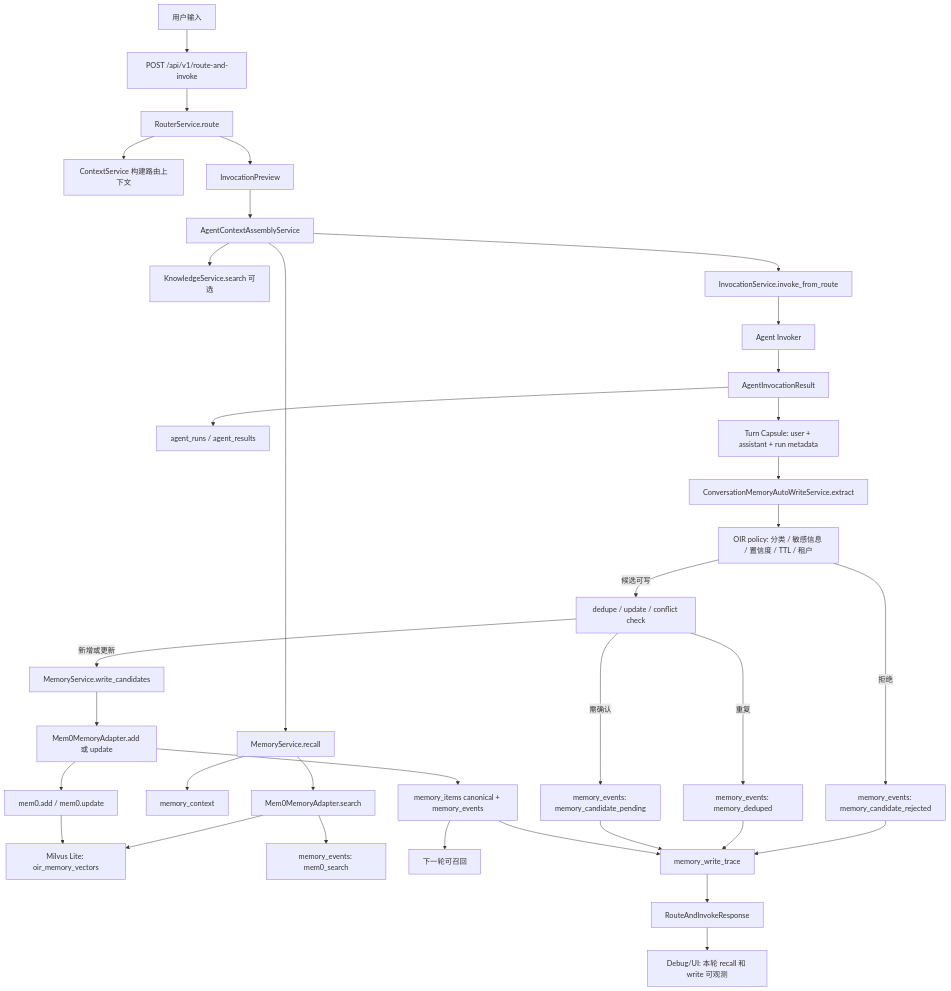
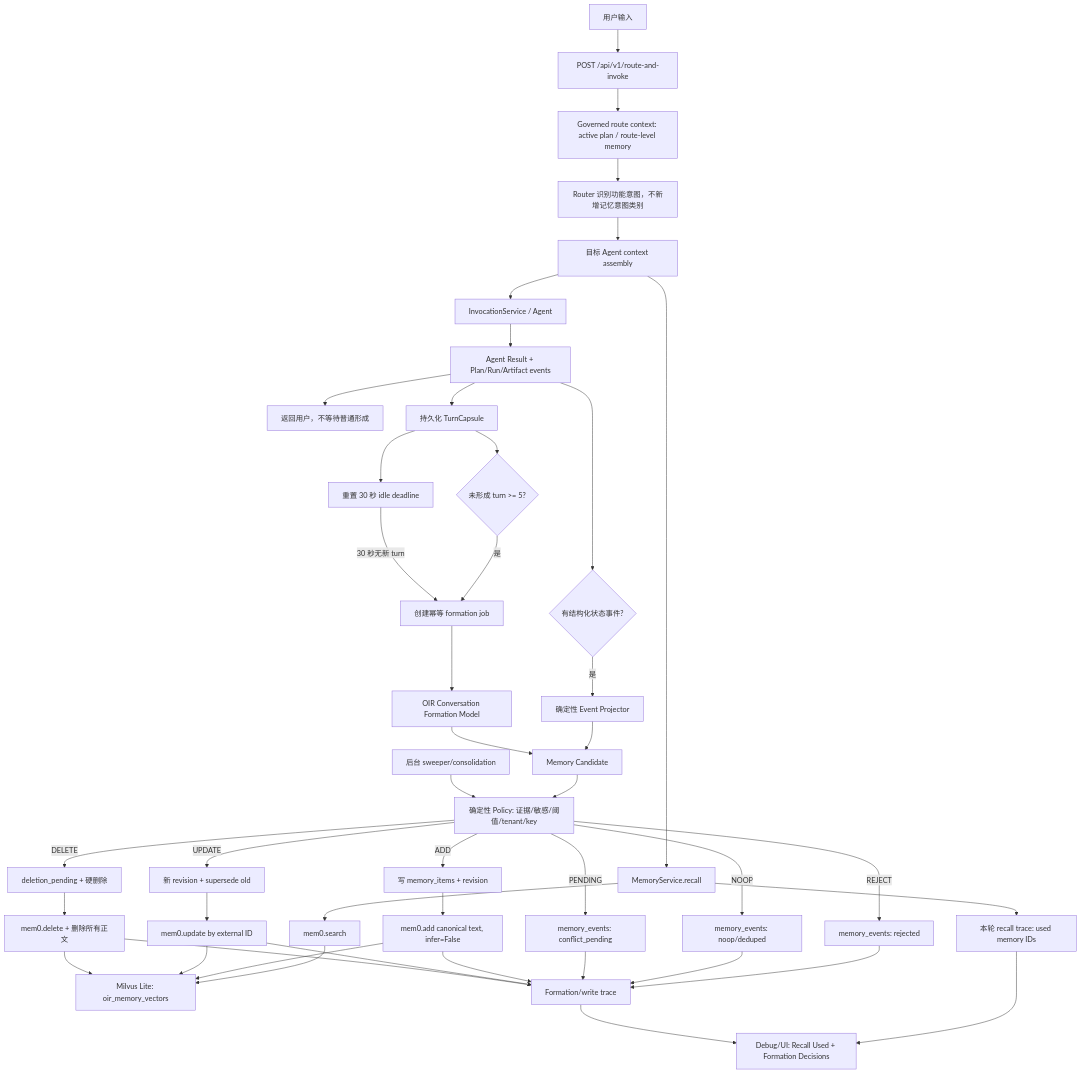
One commit to agent-oac-team/open-intent-router changed the diagram in docs/oir-conversation-memory-auto-write-strategy.md. Above: the diagram before and after it, drawn with Mermaid. The commit also changed other lines of this file and 11 other files, not shown here.

Commit message:
spec(memory): add conversation auto-formation change

````diff
--- a/docs/oir-conversation-memory-auto-write-strategy.md
+++ b/docs/oir-conversation-memory-auto-write-strategy.md
@@ -413,38 +528,52 @@
 ```mermaid
 flowchart TD
     U["用户输入"] --> API["POST /api/v1/route-and-invoke"]
-    API --> R["RouterService.route"]
-    R --> C["ContextService 构建路由上下文"]
-    R --> P["InvocationPreview"]
-    P --> A["AgentContextAssemblyService"]
-    A --> MR["MemoryService.recall"]
-    MR --> MS["Mem0MemoryAdapter.search"]
-    MS --> MV["Milvus Lite: oir_memory_vectors"]
-    MS --> ME1["memory_events: mem0_search"]
-    MR --> MC["memory_context"]
-    A --> KI["KnowledgeService.search 可选"]
-    A --> INV["InvocationService.invoke_from_route"]
-    INV --> AG["Agent Invoker"]
-    AG --> RES["AgentInvocationResult"]
-    RES --> RUN["agent_runs / agent_results"]
+    API --> RCTX["Governed route context: active plan / route-level memory"]
+    RCTX --> ROUTER["Router 识别功能意图，不新增记忆意图类别"]
+    ROUTER --> ACTX["目标 Agent context assembly"]
+    ACTX --> RECALL["MemoryService.recall"]
+    RECALL --> MSEARCH["mem0.search"]
+    MSEARCH --> MILVUS["Milvus Lite: oir_memory_vectors"]
+    RECALL --> USED["本轮 recall trace: used memory IDs"]
+    ACTX --> INVOKE["InvocationService / Agent"]
+    INVOKE --> RESULT["Agent Result + Plan/Run/Artifact events"]
+    RESULT --> RESPONSE["返回用户，不等待普通形成"]
 
-    RES --> CAPS["Turn Capsule: user + assistant + run metadata"]
-    CAPS --> EX["ConversationMemoryAutoWriteService.extract"]
-    EX --> POL["OIR policy: 分类 / 敏感信息 / 置信度 / TTL / 租户"]
-    POL -->|拒绝| REJ["memory_events: memory_candidate_rejected"]
-    POL -->|候选可写| DD["dedupe / update / conflict check"]
-    DD -->|重复| DDE["memory_events: memory_deduped"]
-    DD -->|需确认| PND["memory_events: memory_candidate_pending"]
-    DD -->|新增或更新| WC["MemoryService.write_candidates"]
-    WC --> ADD["Mem0MemoryAdapter.add 或 update"]
-    ADD --> M0["mem0.add / mem0.update"]
-    M0 --> MV
-    ADD --> PG["memory_items canonical + memory_events"]
-    PG --> NEXT["下一轮可召回"]
-    REJ --> TRACE["memory_write_trace"]
-    DDE --> TRACE
-    PND --> TRACE
-    PG --> TRACE
-    TRACE --> RESP["RouteAndInvokeResponse"]
-    RESP --> UI["Debug/UI: 本轮 recall 和 write 可观测"]
+    RESULT --> CAPSULE["持久化 TurnCapsule"]
+    CAPSULE --> COUNT{"未形成 turn >= 5?"}
+    CAPSULE --> IDLE["重置 30 秒 idle deadline"]
+    COUNT -->|是| JOB["创建幂等 formation job"]
+    IDLE -->|30 秒无新 turn| JOB
+
+    RESULT --> STRUCT{"有结构化状态事件?"}
+    STRUCT -->|是| PROJECT["确定性 Event Projector"]
+    PROJECT --> CANDIDATE["Memory Candidate"]
+
+    JOB --> MODEL["OIR Conversation Formation Model"]
+    MODEL --> CANDIDATE
+    CANDIDATE --> POLICY["确定性 Policy: 证据/敏感/阈值/tenant/key"]
+    POLICY -->|REJECT| REJECT["memory_events: rejected"]
+    POLICY -->|NOOP| NOOP["memory_events: noop/deduped"]
+    POLICY -->|PENDING| PENDING["memory_events: conflict_pending"]
+    POLICY -->|ADD| ADD["写 memory_items + revision"]
+    POLICY -->|UPDATE| UPDATE["新 revision + supersede old"]
+    POLICY -->|DELETE| DELETE["deletion_pending + 硬删除"]
+
+    ADD --> MADD["mem0.add canonical text, infer=False"]
+    UPDATE --> MUPDATE["mem0.update by external ID"]
+    DELETE --> MDELETE["mem0.delete + 删除所有正文"]
+    MADD --> MILVUS
+    MUPDATE --> MILVUS
+    MDELETE --> MILVUS
+
+    REJECT --> TRACE["Formation/write trace"]
+    NOOP --> TRACE
+    PENDING --> TRACE
+    MADD --> TRACE
+    MUPDATE --> TRACE
+    MDELETE --> TRACE
+    USED --> UI["Debug/UI: Recall Used + Formation Decisions"]
+    TRACE --> UI
+
+    SWEEP["后台 sweeper/consolidation"] --> POLICY
 ```
````
